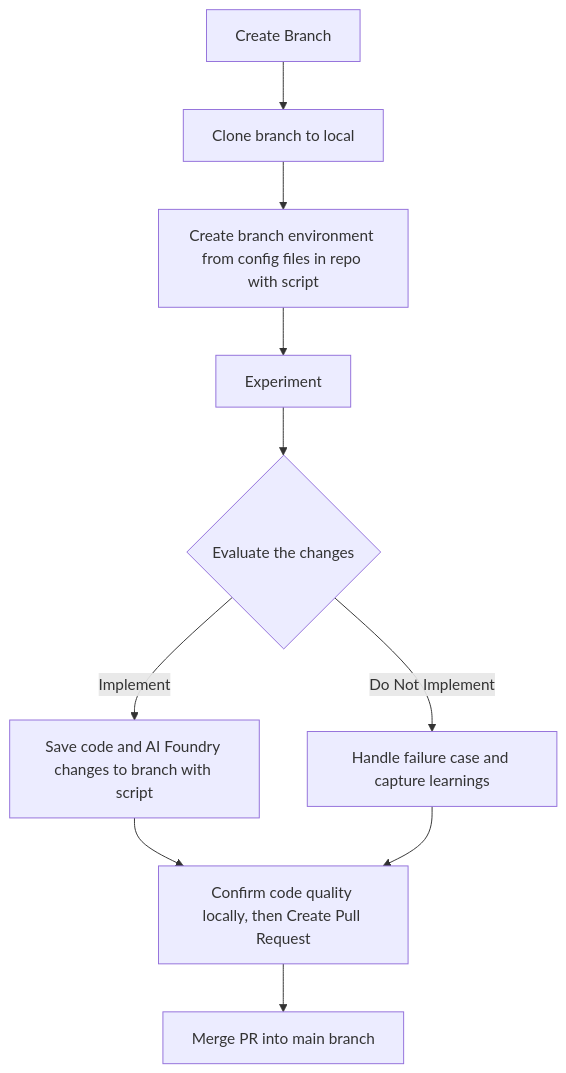
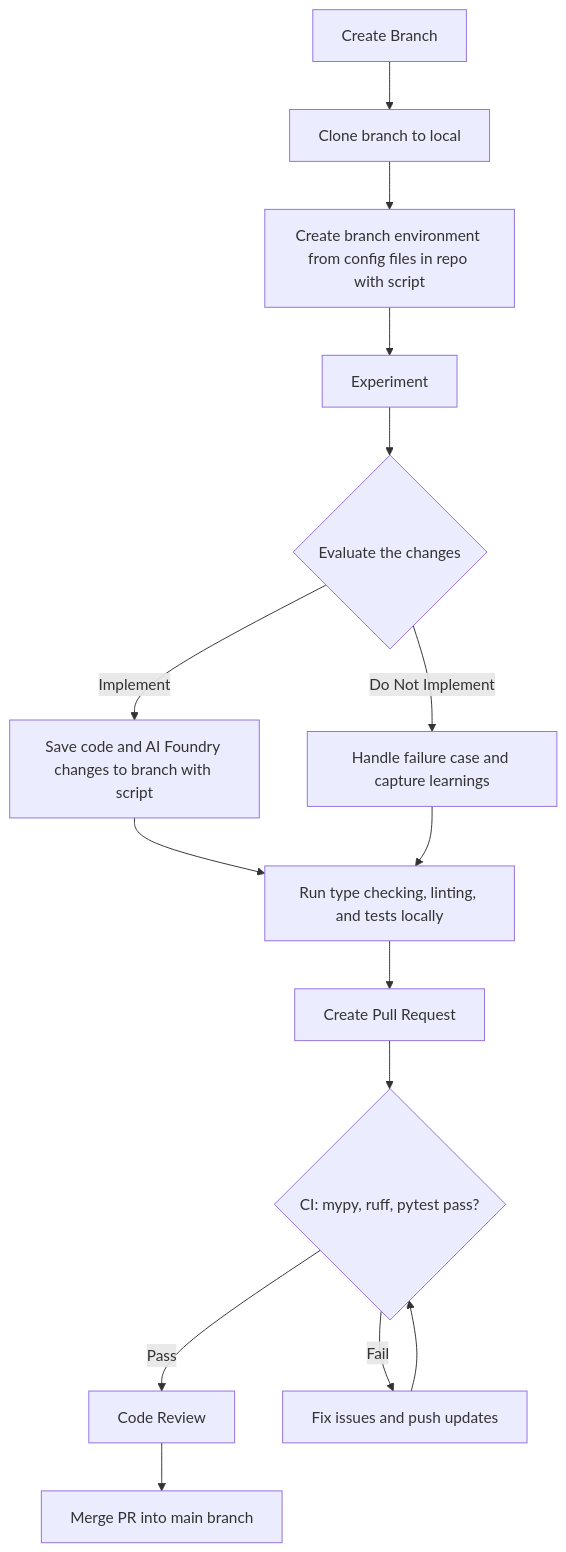
One commit to peteroden/aif-workflow-helper changed the diagram in agents/docs/dev_workflow.md. Above: the diagram before and after it, drawn with Mermaid. The commit also changed other lines of this file and 6 other files, not shown here.

````diff
--- a/agents/docs/dev_workflow.md
+++ b/agents/docs/dev_workflow.md
@@ -13,12 +13,17 @@
 ```mermaid
 graph TD
   CreateBranch[Create Branch] --> Clone[Clone branch to local]
   Clone --> HydrateProject[Create branch environment from config files in repo with script]
   HydrateProject --> Experiment
   Experiment --> Evaluate{Evaluate the changes}
   Evaluate -->|Implement| Save[Save code and AI Foundry changes to branch with script]
   Evaluate -->|Do Not Implement| DoNotSave[Handle failure case and capture learnings]
-  Save --> PR 
-  DoNotSave --> PR
-  PR[Confirm code quality locally, then Create Pull Request] --> Merge[Merge PR into main branch]
+  Save --> QualityCheck[Run type checking, linting, and tests locally]
+  DoNotSave --> QualityCheck
+  QualityCheck --> PR[Create Pull Request]
+  PR --> CIChecks{CI: mypy, ruff, pytest pass?}
+  CIChecks -->|Pass| CodeReview[Code Review]
+  CIChecks -->|Fail| FixIssues[Fix issues and push updates]
+  FixIssues --> CIChecks
+  CodeReview --> Merge[Merge PR into main branch]
 ```
````
